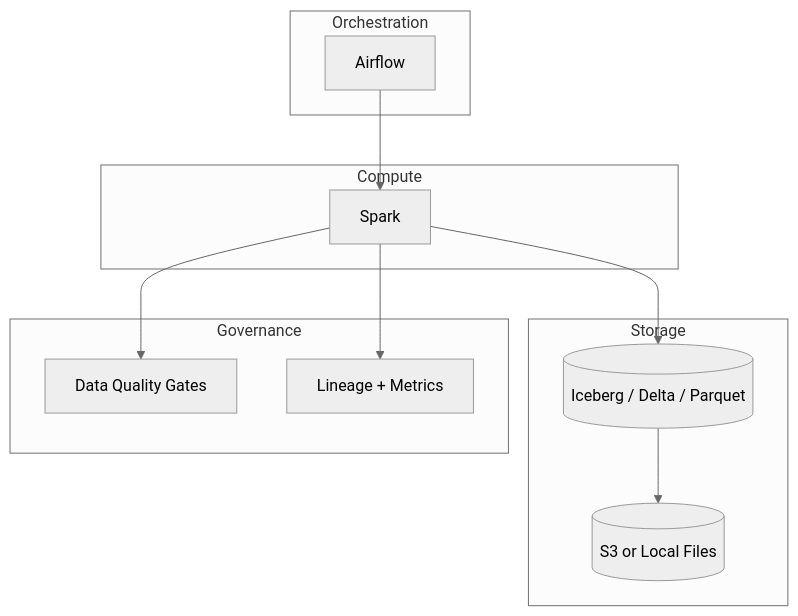
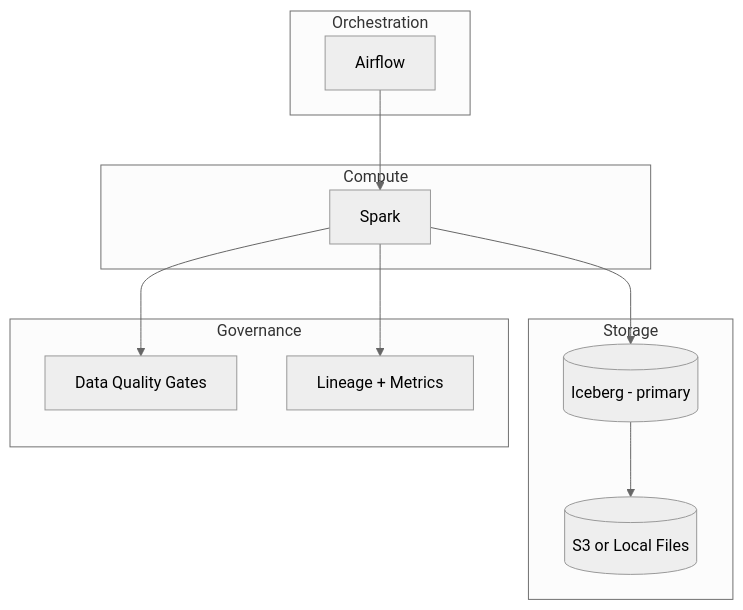
Before and after one commit to kunal-slu/Project_A: the second of 2 diagrams in docs/interview/Project_A_Step_by_Step.md, drawn with Mermaid (neutral theme). The commit also changed other lines of this file and 120 other files, not shown here.

````diff
--- a/docs/interview/Project_A_Step_by_Step.md
+++ b/docs/interview/Project_A_Step_by_Step.md
@@ -58,26 +74,26 @@
 ```mermaid
 flowchart TB
     subgraph Orchestration
         Airflow
     end
 
     subgraph Compute
         Spark
     end
 
     subgraph Storage
         S3_or_Local[(S3 or Local Files)]
-        Iceberg[(Iceberg / Delta / Parquet)]
+        Iceberg[(Iceberg - primary)]
     end
 
     subgraph Governance
         DQ[Data Quality Gates]
         Lineage[Lineage + Metrics]
     end
 
     Airflow --> Spark
     Spark --> Iceberg
     Iceberg --> S3_or_Local
     Spark --> DQ
     Spark --> Lineage
 ```
````
